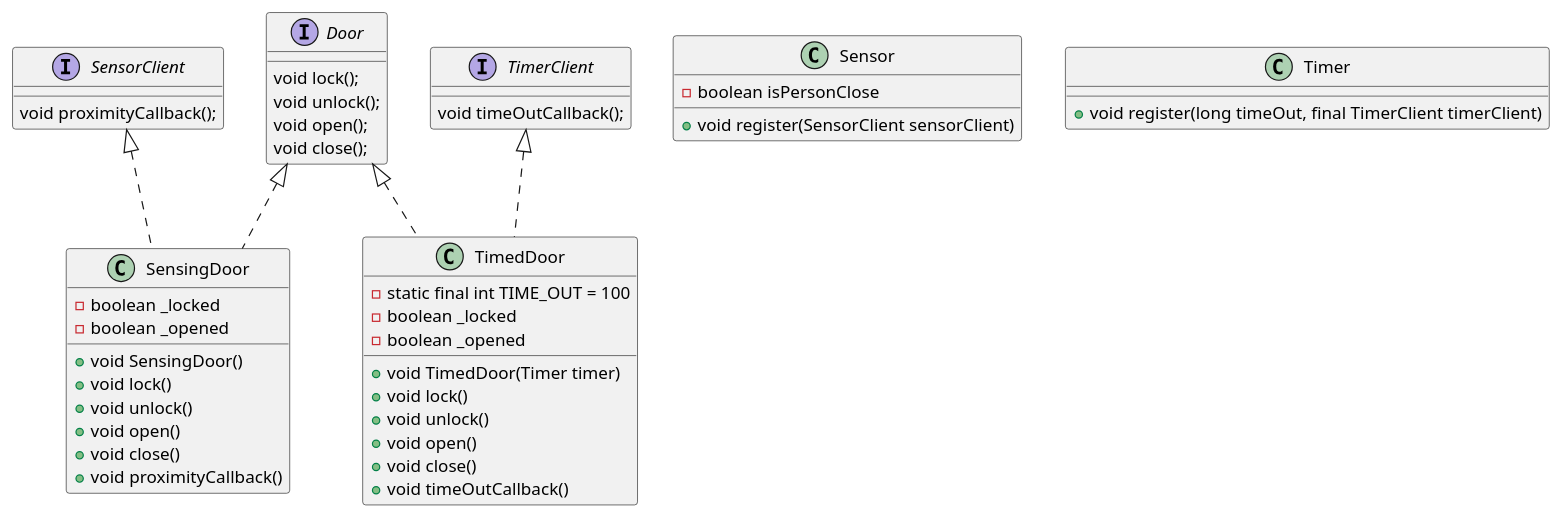
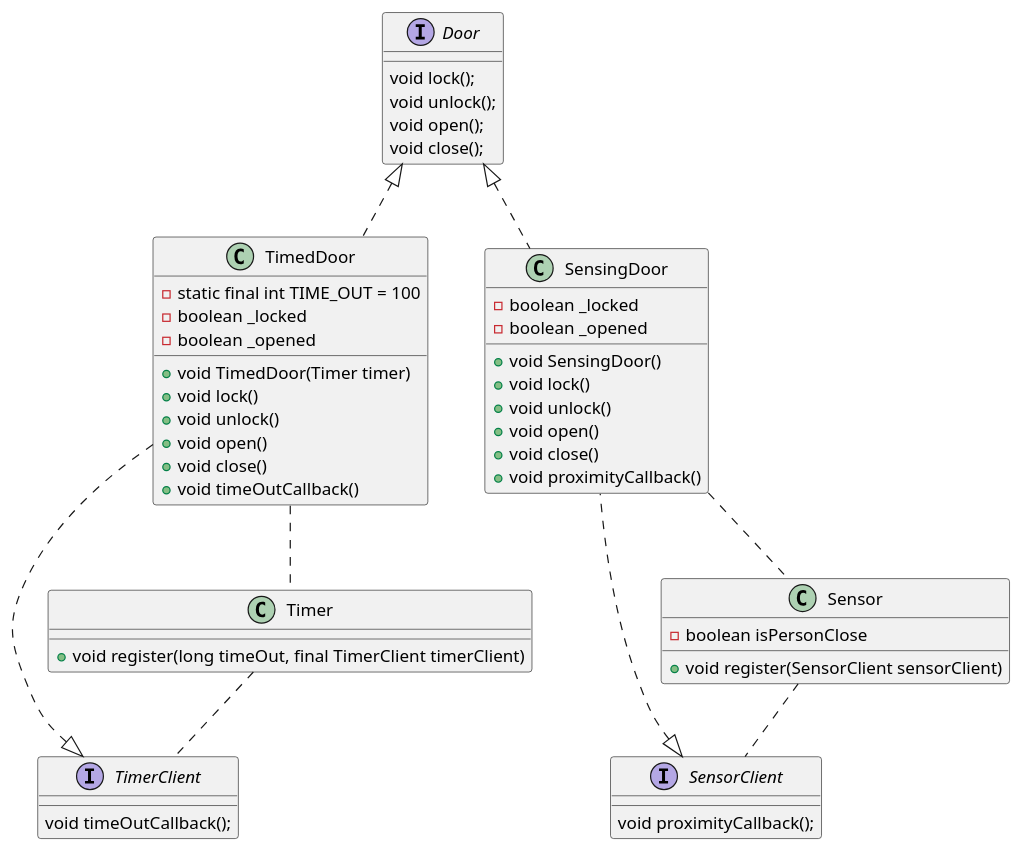
Before and after one commit to hana-ghz/softwareArchTP1: the diagram in ISP/src/com/directi/training/isp/exercise_refactored/diagram.puml, drawn with PlantUML. The commit also changed 6 other files, not shown here.

Commit message:
added class relations to diagrams in ISP

```diff
--- a/ISP/src/com/directi/training/isp/exercise_refactored/diagram.puml
+++ b/ISP/src/com/directi/training/isp/exercise_refactored/diagram.puml
@@ -1,59 +1,64 @@
 @startuml
 
 interface Door 
 { 
     void lock();
     void unlock();
     void open();
     void close();
 }
 
 interface SensorClient 
 { 
     void proximityCallback();
 }
 
 interface TimerClient 
 { 
     void timeOutCallback();
 }
 
-class SensingDoor implements Door, SensorClient
-{ 
-    - boolean _locked
-    - boolean _opened
-
-    + void SensingDoor()
-    + void lock()
-    + void unlock()
-    + void open()
-    + void close()
-    + void proximityCallback()
-}
-  
 class TimedDoor implements Door, TimerClient
 { 
     - static final int TIME_OUT = 100
     - boolean _locked
     - boolean _opened
 
     + void TimedDoor(Timer timer)
     + void lock()
     + void unlock()
     + void open()
     + void close()
     + void timeOutCallback()
 }
 
+class SensingDoor implements Door, SensorClient
+{ 
+    - boolean _locked
+    - boolean _opened
+
+    + void SensingDoor()
+    + void lock()
+    + void unlock()
+    + void open()
+    + void close()
+    + void proximityCallback()
+}
+
 class Sensor 
 {
     - boolean isPersonClose
     + void register(SensorClient sensorClient)
 }
 
 class Timer
 {
     + void register(long timeOut, final TimerClient timerClient)
 }
   
+TimedDoor -. Timer
+SensingDoor -. Sensor
+Timer -. TimerClient
+Sensor -. SensorClient
+
 @enduml
```
